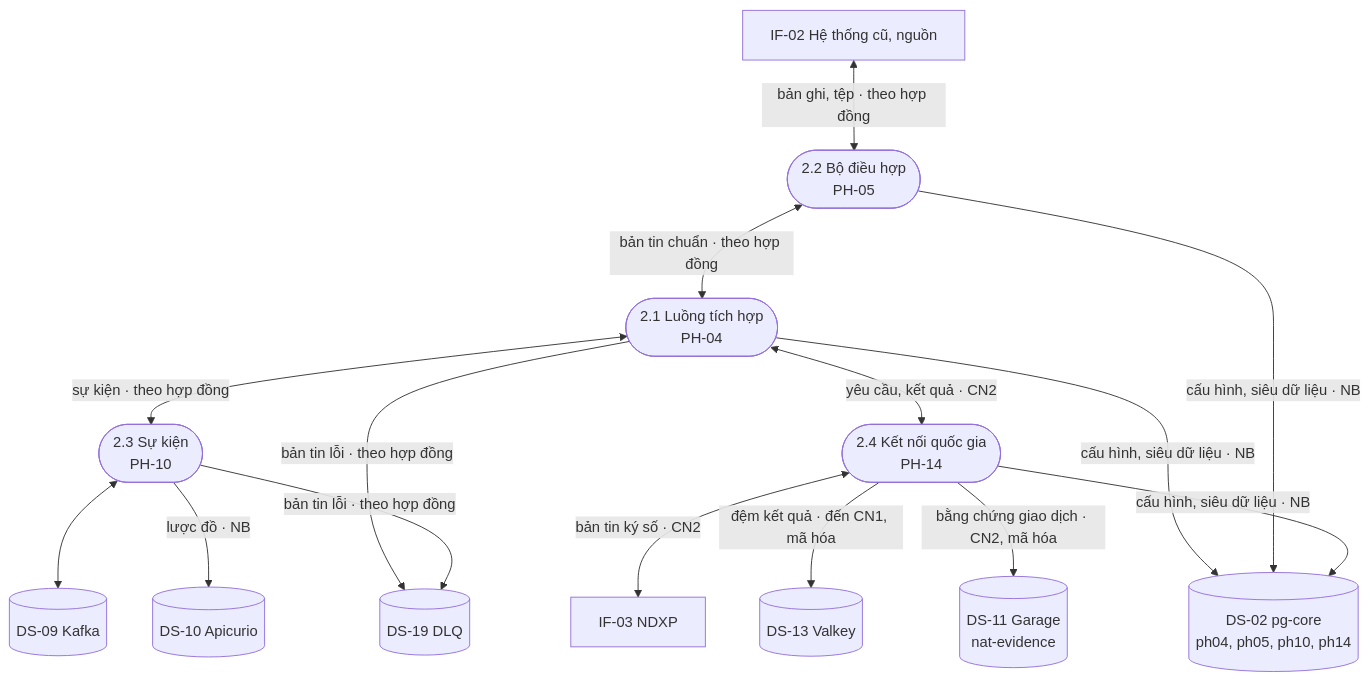
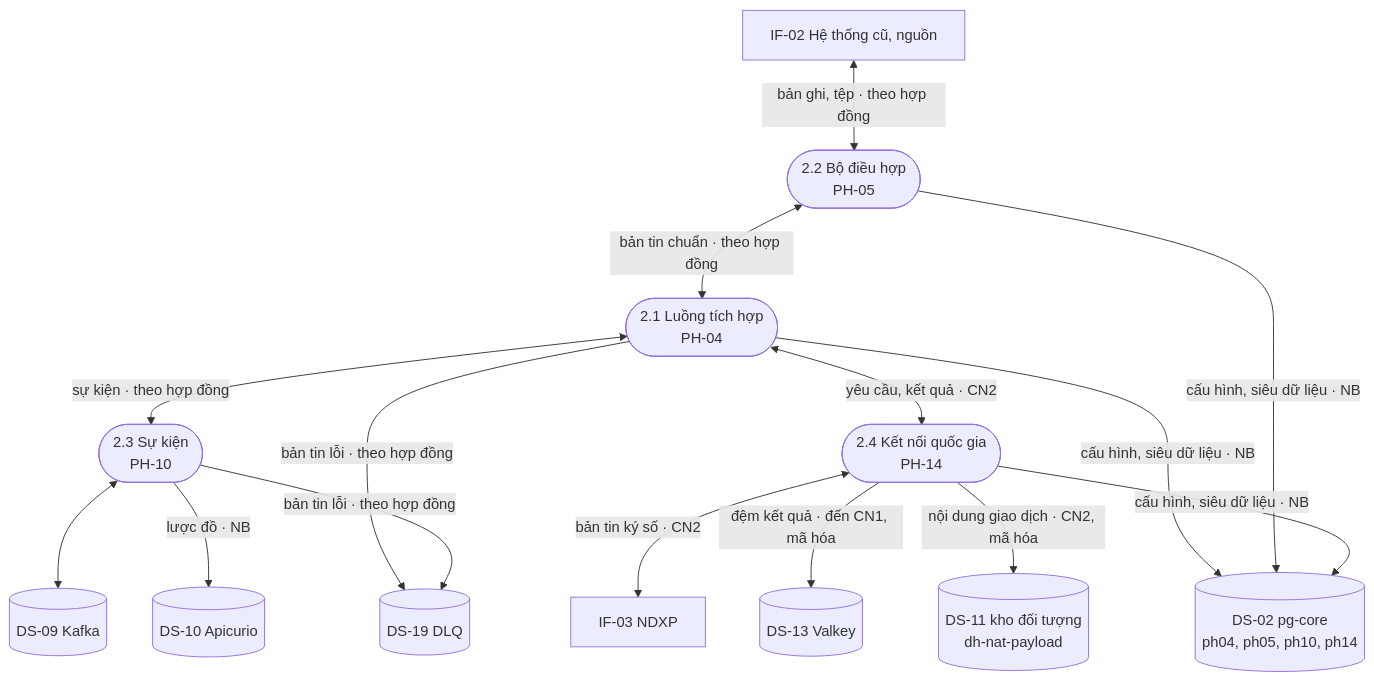
Before and after one commit to caprocute/DATAHUB: the fifth of 17 diagrams in datahub-docs/02-yeu-cau/D02-06-dfd-phan-loai-du-lieu.md, drawn with Mermaid. The commit also changed other lines of this file, not shown here.

First line of the commit message:
D02-06: sửa theo rà chéo (kho PH-14, khóa transit, BM, ma trận vùng, PH-09 MVP)

````diff
--- a/datahub-docs/02-yeu-cau/D02-06-dfd-phan-loai-du-lieu.md
+++ b/datahub-docs/02-yeu-cau/D02-06-dfd-phan-loai-du-lieu.md
@@ -331,26 +334,26 @@
 ```{.mermaid caption="DFD mức 1 miền Tích hợp và sự kiện"}
 flowchart TB
   SRC["IF-02 Hệ thống cũ, nguồn"]
   QG["IF-03 NDXP"]
   P21(["2.1 Luồng tích hợp<br/>PH-04"])
   P22(["2.2 Bộ điều hợp<br/>PH-05"])
   P23(["2.3 Sự kiện<br/>PH-10"])
   P24(["2.4 Kết nối quốc gia<br/>PH-14"])
   DS02[("DS-02 pg-core<br/>ph04, ph05, ph10, ph14")]
   DS09[("DS-09 Kafka")]
   DS10[("DS-10 Apicurio")]
   DS13[("DS-13 Valkey")]
-  DS11[("DS-11 Garage<br/>nat-evidence")]
+  DS11[("DS-11 kho đối tượng<br/>dh-nat-payload")]
   DS19[("DS-19 DLQ")]
   SRC <-->|"bản ghi, tệp · theo hợp đồng"| P22
   P22 <-->|"bản tin chuẩn · theo hợp đồng"| P21
   P21 <-->|"sự kiện · theo hợp đồng"| P23
   P23 <--> DS09
   P23 -->|"lược đồ · NB"| DS10
   P21 <-->|"yêu cầu, kết quả · CN2"| P24
   P24 <-->|"bản tin ký số · CN2"| QG
   P24 -->|"đệm kết quả · đến CN1, mã hóa"| DS13
-  P24 -->|"bằng chứng giao dịch · CN2, mã hóa"| DS11
+  P24 -->|"nội dung giao dịch · CN2, mã hóa"| DS11
   P21 & P22 & P24 -->|"cấu hình, siêu dữ liệu · NB"| DS02
   P21 & P23 -->|"bản tin lỗi · theo hợp đồng"| DS19
 ```
````
